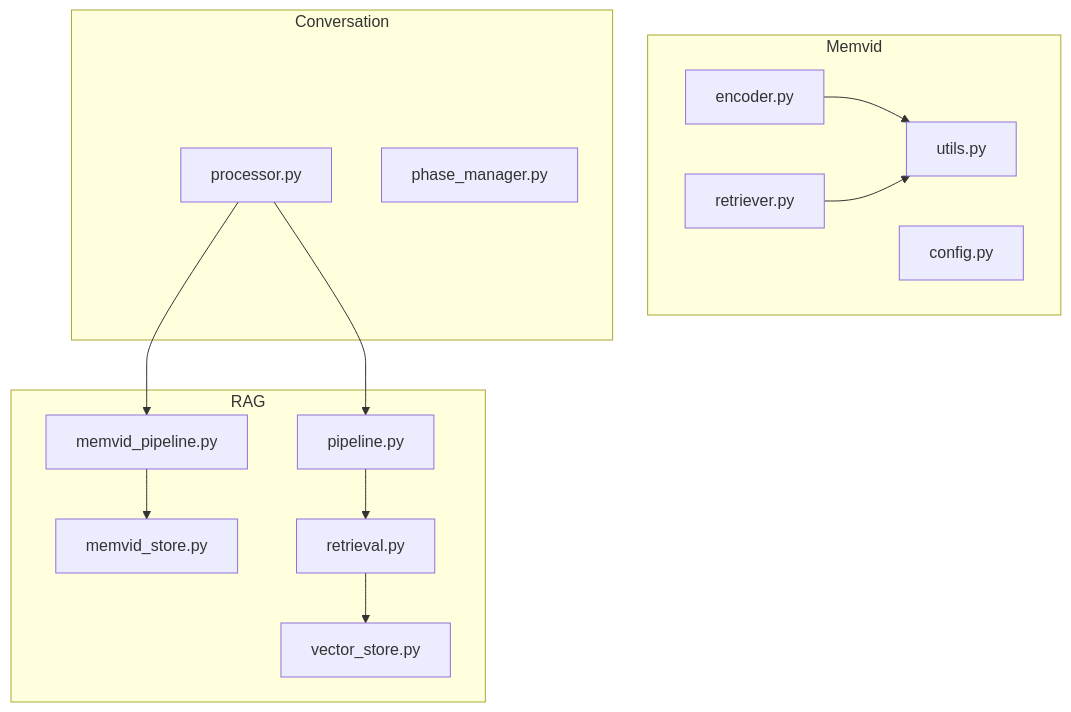
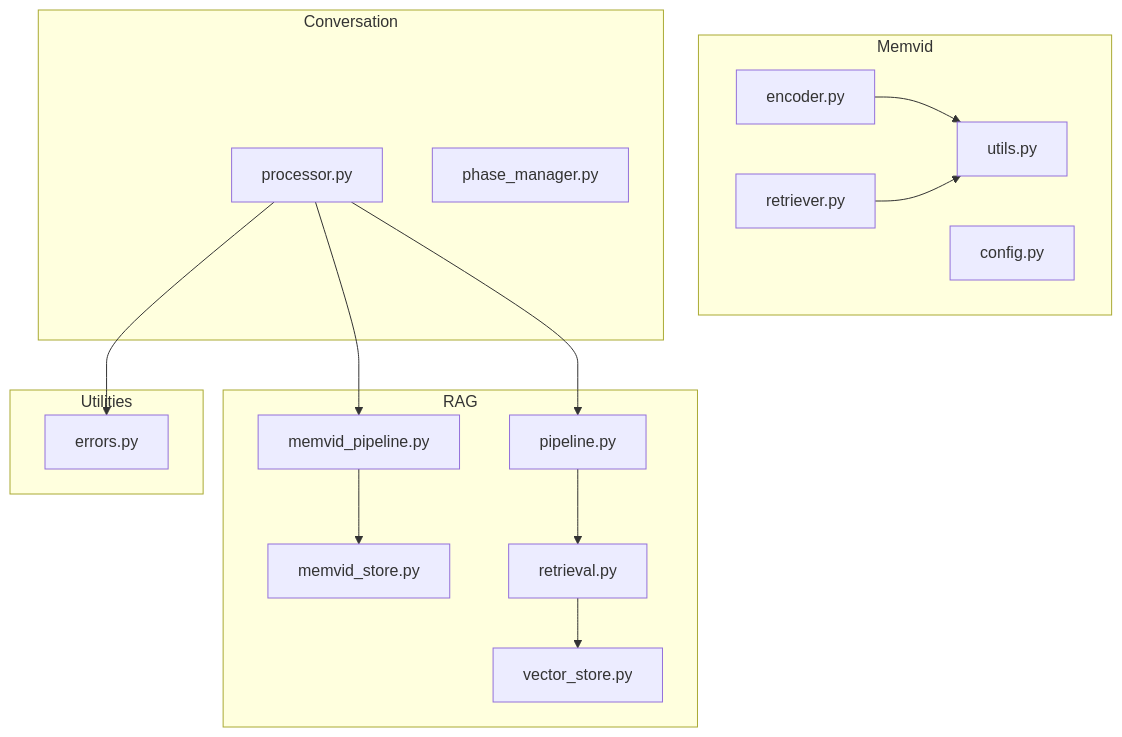
One commit to MOK-5-ha/MayaMCP changed the first of 8 diagrams in .qoder/repowiki/en/content/Retrieval-Augmented Generation (RAG)/Memvid Video Memory System.md. Above: the diagram before and after it, drawn with Mermaid. The commit also changed other lines of this file and 27 other files, not shown here.

````diff
--- a/.qoder/repowiki/en/content/Retrieval-Augmented Generation (RAG)/Memvid Video Memory System.md
+++ b/.qoder/repowiki/en/content/Retrieval-Augmented Generation (RAG)/Memvid Video Memory System.md
@@ -46,27 +58,31 @@
 ```mermaid
 graph TB
 subgraph "Memvid"
 A["encoder.py"]
 B["retriever.py"]
 C["utils.py"]
 D["config.py"]
 end
 subgraph "RAG"
 E["memvid_store.py"]
 F["memvid_pipeline.py"]
 G["pipeline.py"]
 H["retrieval.py"]
 I["vector_store.py"]
 end
 subgraph "Conversation"
 J["processor.py"]
 K["phase_manager.py"]
 end
+subgraph "Utilities"
+L["errors.py"]
+end
 A --> C
 B --> C
 F --> E
 J --> F
 J --> G
 G --> H
 H --> I
+J --> L
 ```
````
